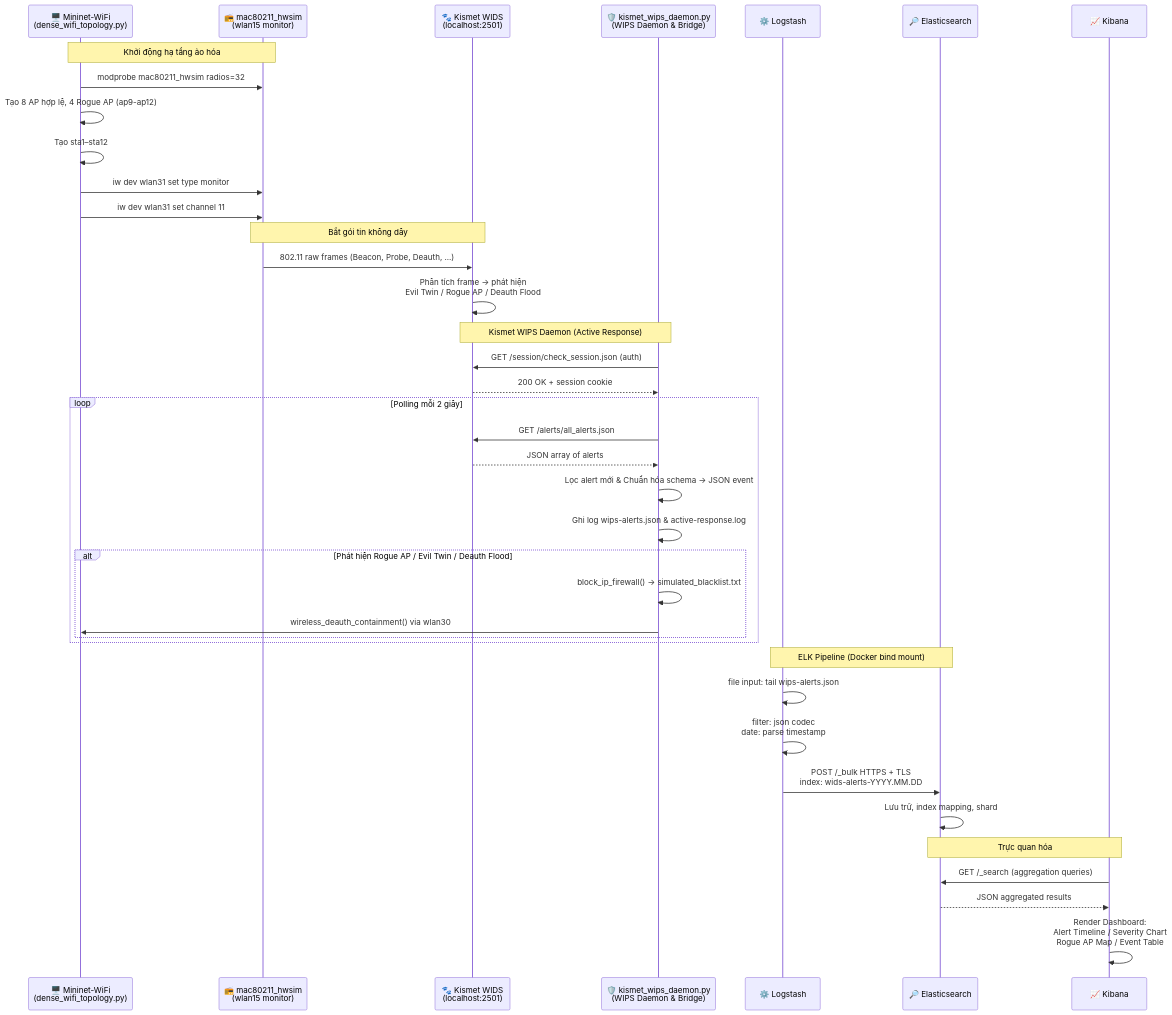
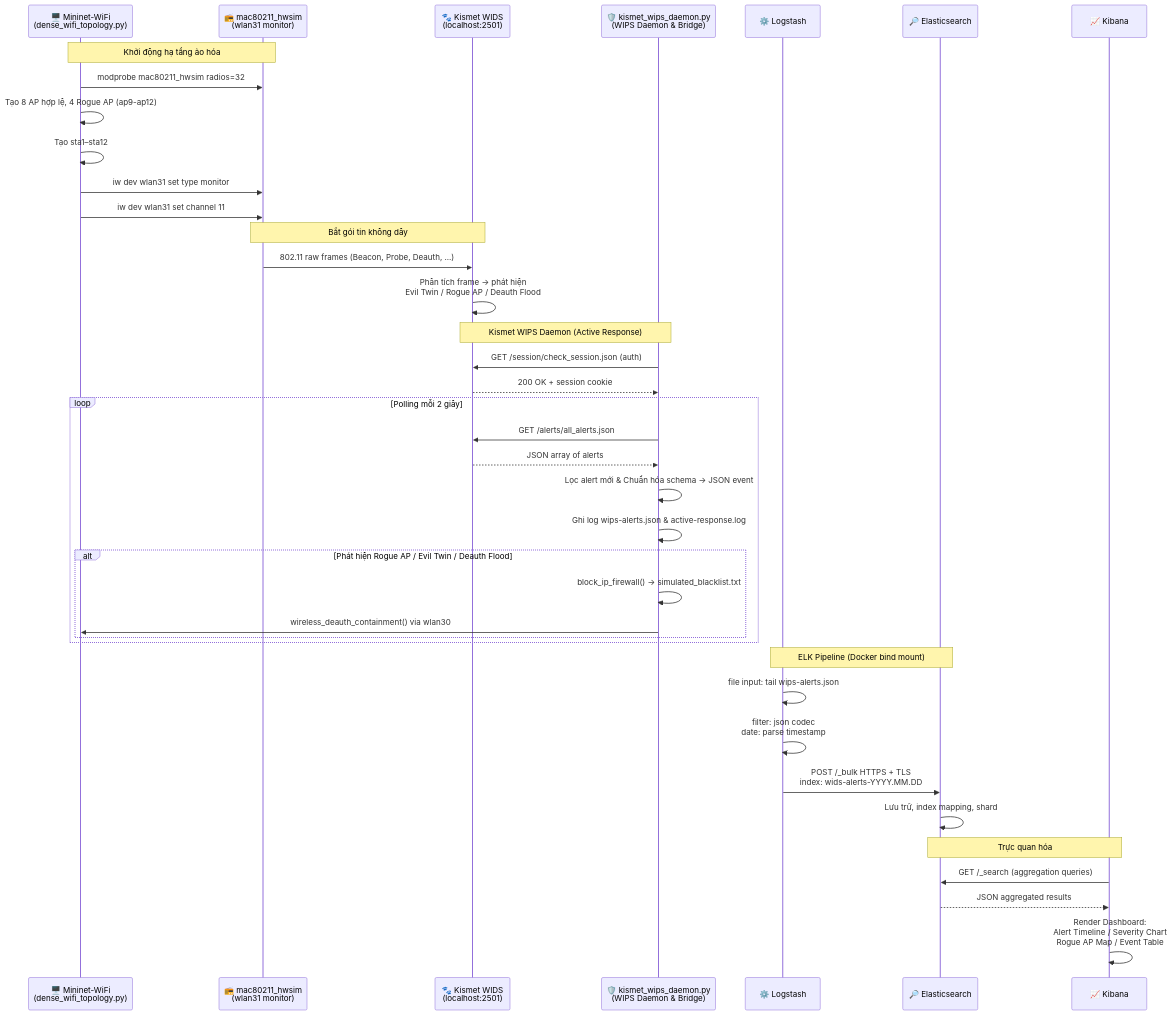
The second of 7 diagrams in DATA_FLOW.md (ph4n10m1808/wireless-mobile-network-security-project), drawn with Mermaid before and after one commit. The commit also changed other lines of this file and 9 other files, not shown here.

````diff
--- a/DATA_FLOW.md
+++ b/DATA_FLOW.md
@@ -60,48 +60,48 @@
 ```mermaid
 sequenceDiagram
     participant MN  as 🖥️ Mininet-WiFi<br/>(dense_wifi_topology.py)
-    participant HW  as 📻 mac80211_hwsim<br/>(wlan15 monitor)
+    participant HW  as 📻 mac80211_hwsim<br/>(wlan31 monitor)
     participant KS  as 🐾 Kismet WIDS<br/>(localhost:2501)
     participant WD  as 🛡️ kismet_wips_daemon.py<br/>(WIPS Daemon & Bridge)
     participant LS  as ⚙️ Logstash
     participant ES  as 🔎 Elasticsearch
     participant KB  as 📈 Kibana
 
     Note over MN,HW: Khởi động hạ tầng ảo hóa
     MN->>HW: modprobe mac80211_hwsim radios=32
     MN->>MN: Tạo 8 AP hợp lệ, 4 Rogue AP (ap9-ap12)
     MN->>MN: Tạo sta1–sta12
     MN->>HW: iw dev wlan31 set type monitor
     MN->>HW: iw dev wlan31 set channel 11
 
     Note over HW,KS: Bắt gói tin không dây
     HW->>KS: 802.11 raw frames (Beacon, Probe, Deauth, ...)
     KS->>KS: Phân tích frame → phát hiện<br/>Evil Twin / Rogue AP / Deauth Flood
 
 
 
     Note over KS,WD: Kismet WIPS Daemon (Active Response)
     WD->>KS: GET /session/check_session.json (auth)
     KS-->>WD: 200 OK + session cookie
     loop Polling mỗi 2 giây
         WD->>KS: GET /alerts/all_alerts.json
         KS-->>WD: JSON array of alerts
         WD->>WD: Lọc alert mới & Chuẩn hóa schema → JSON event
         WD->>WD: Ghi log wips-alerts.json & active-response.log
         alt Phát hiện Rogue AP / Evil Twin / Deauth Flood
             WD->>WD: block_ip_firewall() -> simulated_blacklist.txt
             WD->>MN: wireless_deauth_containment() via wlan30
         end
     end
 
     Note over LS,ES: ELK Pipeline (Docker bind mount)
     LS->>LS: file input: tail wips-alerts.json
     LS->>LS: filter: json codec<br/>date: parse timestamp
     LS->>ES: POST /_bulk HTTPS + TLS<br/>index: wids-alerts-YYYY.MM.DD
     ES->>ES: Lưu trữ, index mapping, shard
 
     Note over ES,KB: Trực quan hóa
     KB->>ES: GET /_search (aggregation queries)
     ES-->>KB: JSON aggregated results
     KB->>KB: Render Dashboard:<br/>Alert Timeline / Severity Chart<br/>Rogue AP Map / Event Table
 ```
````
